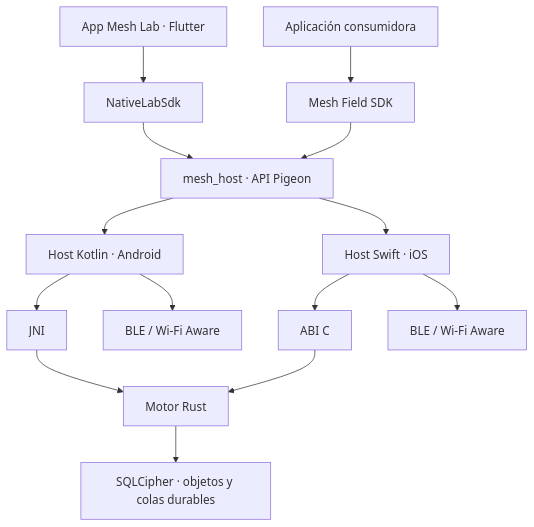
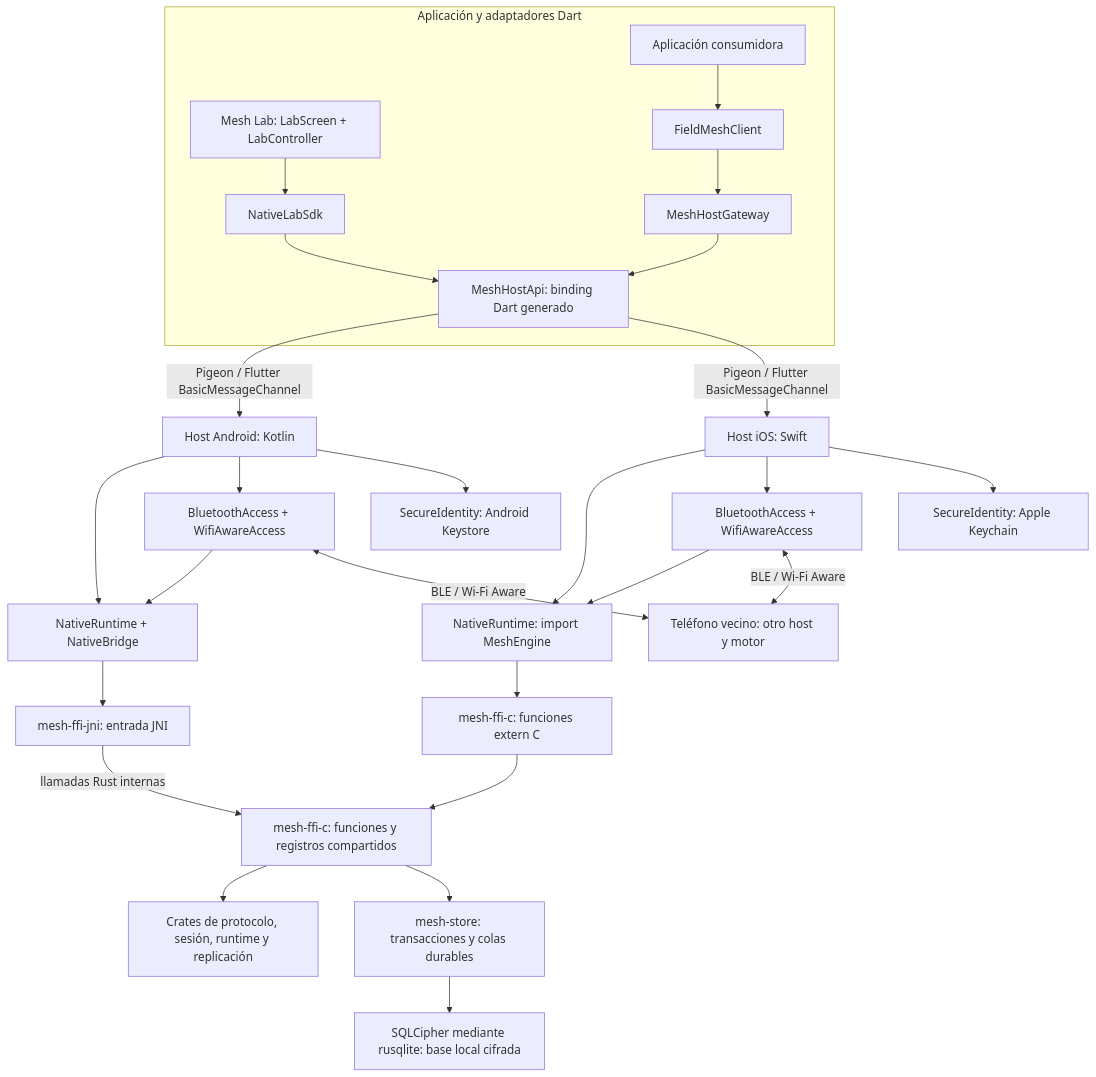
Before and after one commit to Frazko/Mesh-Lab: the first of 2 diagrams in README.md, drawn with Mermaid. The commit also changed other lines of this file and 1 other file, not shown here.

Commit message:
docs: align architecture map with native and FFI call paths

````diff
--- a/README.md
+++ b/README.md
@@ -68,16 +72,33 @@
 ```mermaid
 flowchart TD
-    Lab[App Mesh Lab · Flutter] --> LabAdapter[NativeLabSdk]
-    Product[Aplicación consumidora] --> SDK[Mesh Field SDK]
-    LabAdapter --> Pigeon[mesh_host · API Pigeon]
-    SDK --> Pigeon
-    Pigeon --> Android[Host Kotlin · Android]
-    Pigeon --> Apple[Host Swift · iOS]
-    Android --> JNI[JNI]
-    Apple --> CABI[ABI C]
-    JNI --> Rust[Motor Rust]
-    CABI --> Rust
-    Rust --> Store[SQLCipher · objetos y colas durables]
-    Android --> ARadio[BLE / Wi-Fi Aware]
-    Apple --> IRadio[BLE / Wi-Fi Aware]
+    subgraph DartLayer["Aplicación y adaptadores Dart"]
+        Lab["Mesh Lab: LabScreen + LabController"] --> LabAdapter["NativeLabSdk"]
+        Product["Aplicación consumidora"] --> SDK["FieldMeshClient"]
+        SDK --> Gateway["MeshHostGateway"]
+        LabAdapter --> API["MeshHostApi: binding Dart generado"]
+        Gateway --> API
+    end
+
+    API -->|"Pigeon / Flutter BasicMessageChannel"| Android["Host Android: Kotlin"]
+    API -->|"Pigeon / Flutter BasicMessageChannel"| Apple["Host iOS: Swift"]
+
+    Android --> ABridge["NativeRuntime + NativeBridge"]
+    ABridge --> JNI["mesh-ffi-jni: entrada JNI"]
+    Apple --> IBridge["NativeRuntime: import MeshEngine"]
+    IBridge --> CABI["mesh-ffi-c: funciones extern C"]
+    JNI -->|"llamadas Rust internas"| SharedFFI["mesh-ffi-c: funciones y registros compartidos"]
+    CABI --> SharedFFI
+    SharedFFI --> Core["Crates de protocolo, sesión, runtime y replicación"]
+    SharedFFI --> Store["mesh-store: transacciones y colas durables"]
+    Store --> DB["SQLCipher mediante rusqlite: base local cifrada"]
+
+    Android --> ARadio["BluetoothAccess + WifiAwareAccess"]
+    Apple --> IRadio["BluetoothAccess + WifiAwareAccess"]
+    ARadio --> ABridge
+    IRadio --> IBridge
+    ARadio <-->|"BLE / Wi-Fi Aware"| Peer["Teléfono vecino: otro host y motor"]
+    IRadio <-->|"BLE / Wi-Fi Aware"| Peer
+
+    Android --> AKeys["SecureIdentity: Android Keystore"]
+    Apple --> IKeys["SecureIdentity: Apple Keychain"]
 ```
````
